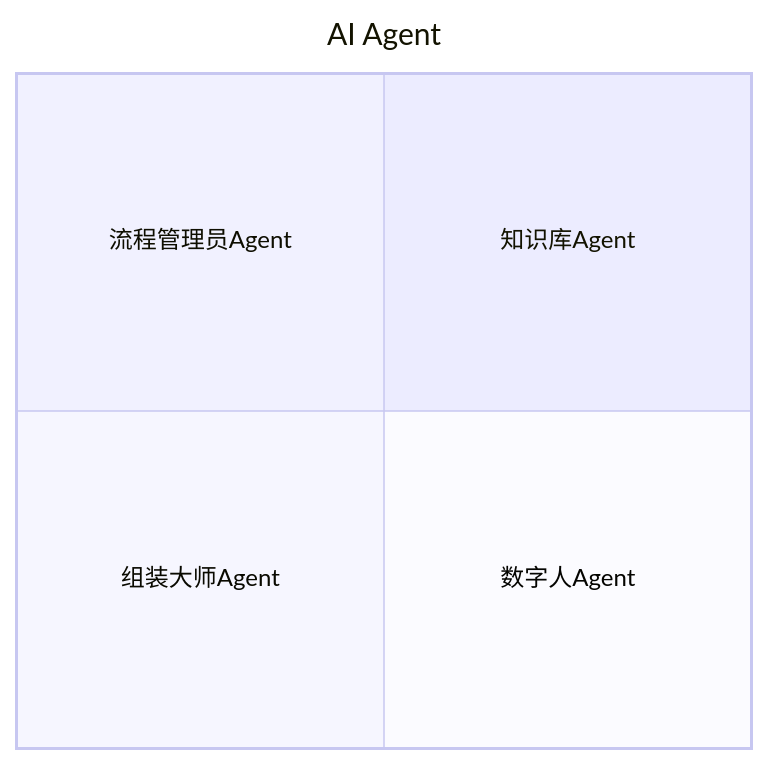
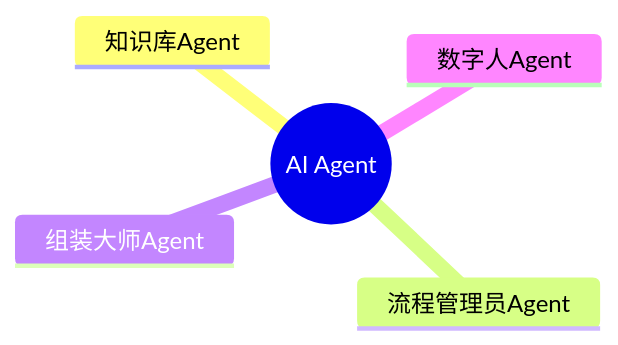
Before and after one commit to TouchMarsSolutions/web9ai: the first of 4 diagrams in docs/ai/88-usecase/01_ai_hot_tools.mdx, drawn with Mermaid. The commit also changed other lines of this file and 8 other files, not shown here.

````diff
--- a/docs/ai/88-usecase/01_ai_hot_tools.mdx
+++ b/docs/ai/88-usecase/01_ai_hot_tools.mdx
@@ -59,8 +71,8 @@
 ```mermaid
-quadrantChart
-    title AI Agent
-    quadrant-1 "知识库Agent"
-    quadrant-2 "流程管理员Agent"
-    quadrant-3 "组装大师Agent"
-    quadrant-4 "数字人Agent"
+mindmap
+  root((AI Agent))
+    知识库Agent
+    流程管理员Agent
+    组装大师Agent
+    数字人Agent
 ```
````
